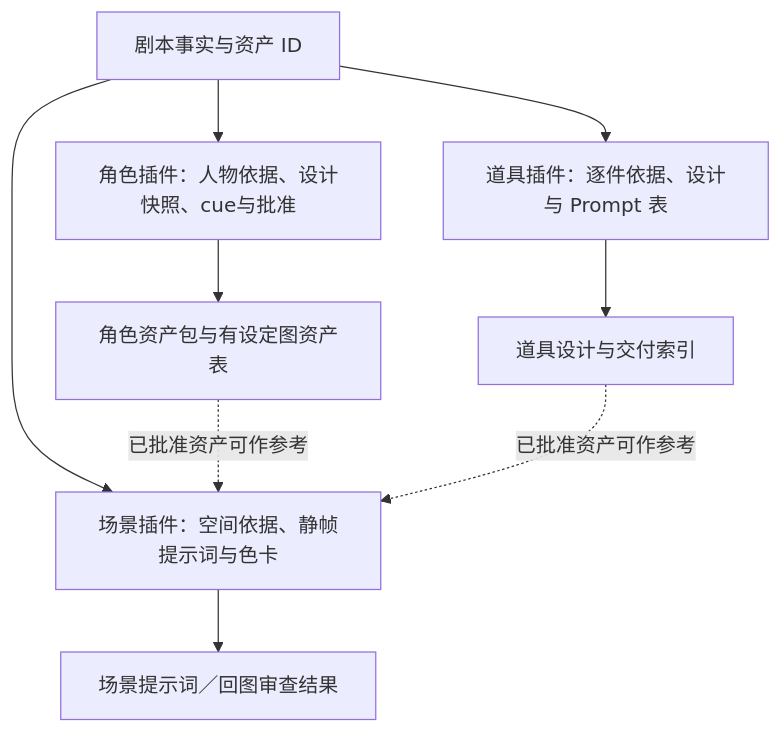
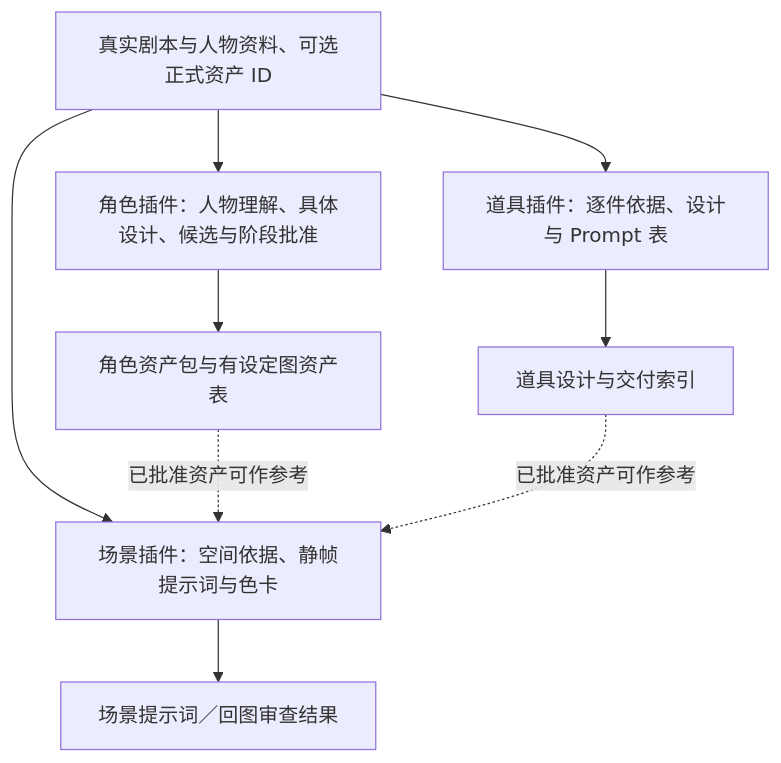
The third of 3 diagrams in README.md (kaibaoxiang-studio/ZiChan), drawn with Mermaid before and after one commit. The commit also changed other lines of this file and 81 other files, not shown here.

````diff
--- a/README.md
+++ b/README.md
@@ -95,11 +95,11 @@
 ```mermaid
 flowchart TD
-    S["剧本事实与资产 ID"] --> R["角色插件：人物依据、设计快照、cue与批准"]
+    S["真实剧本与人物资料、可选正式资产 ID"] --> R["角色插件：人物理解、具体设计、候选与阶段批准"]
     S --> P["道具插件：逐件依据、设计与 Prompt 表"]
     S --> C["场景插件：空间依据、静帧提示词与色卡"]
     R --> RR["角色资产包与有设定图资产表"]
     P --> PP["道具设计与交付索引"]
     C --> CC["场景提示词／回图审查结果"]
     RR -.->|已批准资产可作参考| C
     PP -.->|已批准资产可作参考| C
 ```
````
